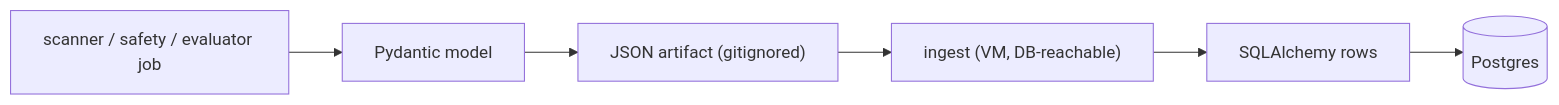
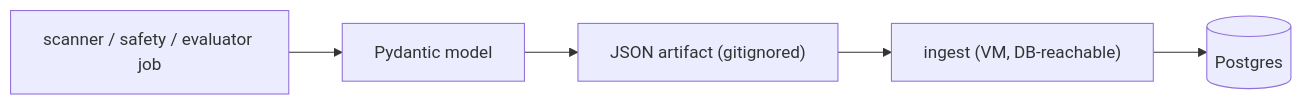
Before and after one commit to evelindsayyy/security-and-qa-for-ai-models: the first of 5 diagrams in docs/architecture.md, drawn with Mermaid. The commit also changed other lines of this file and 38 other files, not shown here.

````diff
--- a/docs/architecture.md
+++ b/docs/architecture.md
@@ -60,8 +35,7 @@
 ```mermaid
 flowchart LR
   Job["scanner / safety / evaluator job"] --> Pyd["Pydantic model"]
   Pyd --> J["JSON artifact (gitignored)"]
   J --> Ing["ingest (VM, DB-reachable)"]
-  Ing --> ORM["SQLAlchemy rows"]
-  ORM --> PG[("Postgres")]
+  Ing --> PG[("Postgres")]
 ```
````
